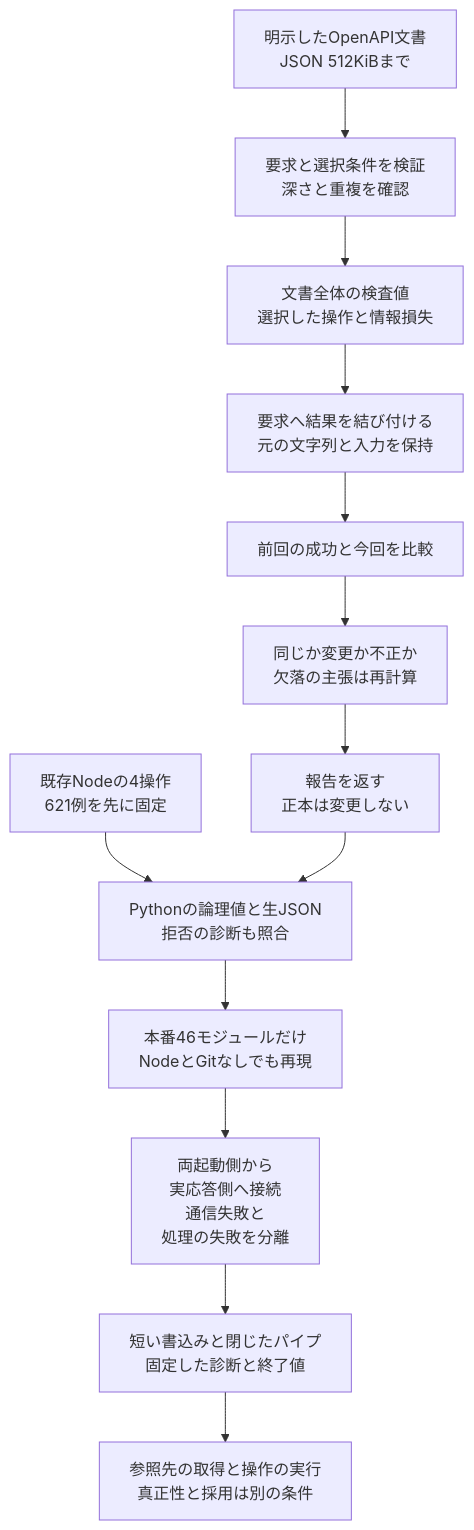
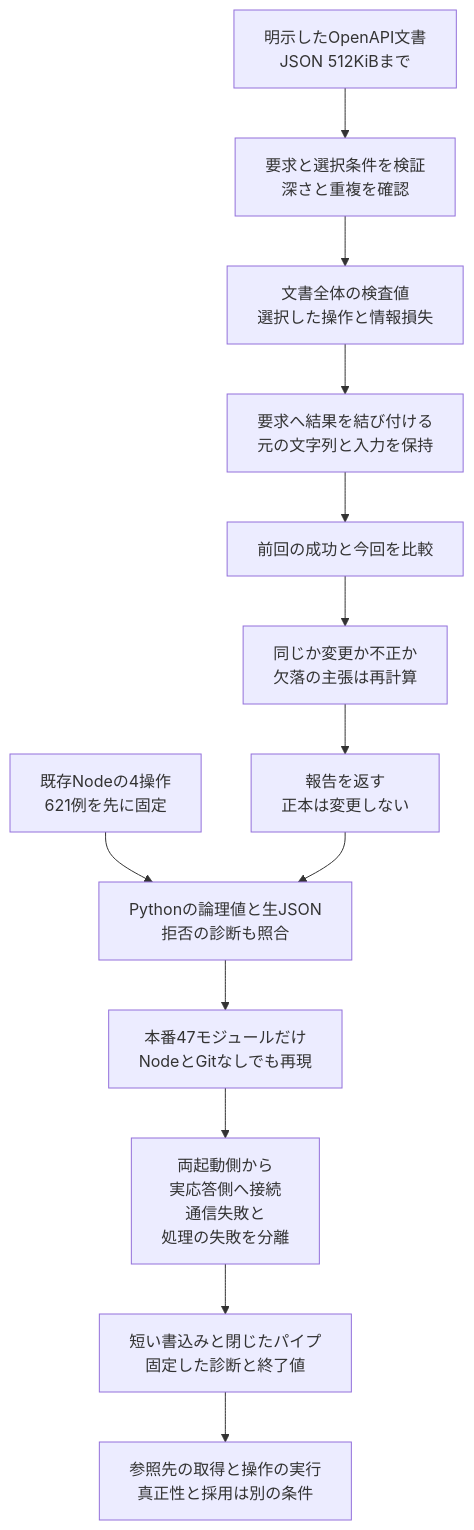
Before and after one commit to koukemo/morivyx: the diagram in docs/diagrams/python-openapi-import.mmd, drawn with Mermaid. The commit also changed 48 other files, not shown here.

```diff
--- a/docs/diagrams/python-openapi-import.mmd
+++ b/docs/diagrams/python-openapi-import.mmd
@@ -1,13 +1,13 @@
 flowchart TD
   A[明示したOpenAPI文書<br/>JSON 512KiBまで] --> B[要求と選択条件を検証<br/>深さと重複を確認]
   B --> C[文書全体の検査値<br/>選択した操作と情報損失]
   C --> D[要求へ結果を結び付ける<br/>元の文字列と入力を保持]
   D --> E[前回の成功と今回を比較]
   E --> F[同じか変更か不正か<br/>欠落の主張は再計算]
   F --> G[報告を返す<br/>正本は変更しない]
   H[既存Nodeの4操作<br/>621例を先に固定] --> I[Pythonの論理値と生JSON<br/>拒否の診断も照合]
   G --> I
-  I --> J[本番46モジュールだけ<br/>NodeとGitなしでも再現]
+  I --> J[本番47モジュールだけ<br/>NodeとGitなしでも再現]
   J --> K[両起動側から<br/>実応答側へ接続<br/>通信失敗と<br/>処理の失敗を分離]
   K --> L[短い書込みと閉じたパイプ<br/>固定した診断と終了値]
   L --> M[参照先の取得と操作の実行<br/>真正性と採用は別の条件]
```
